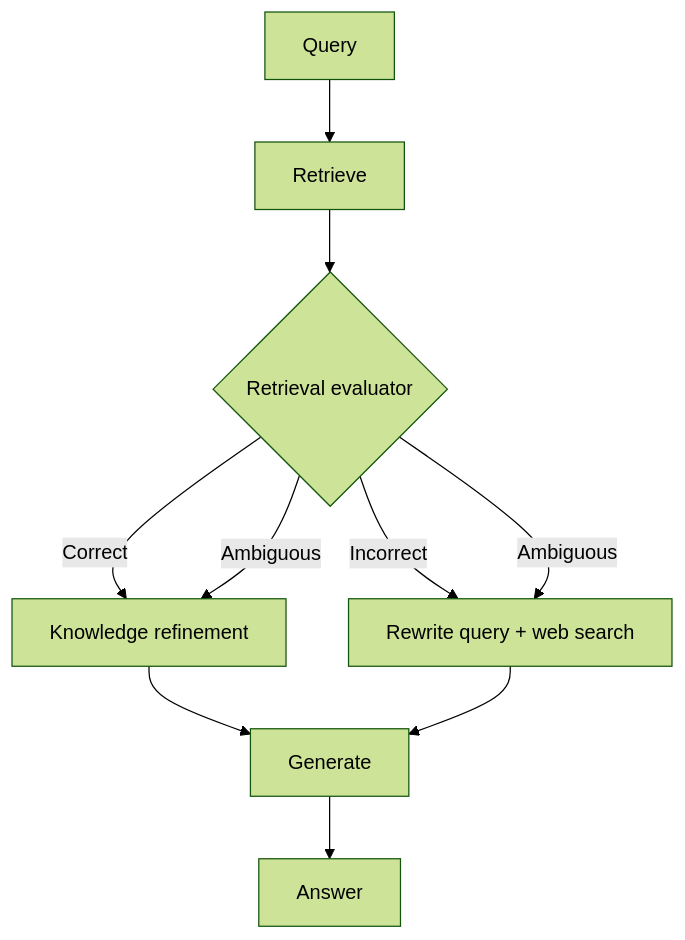
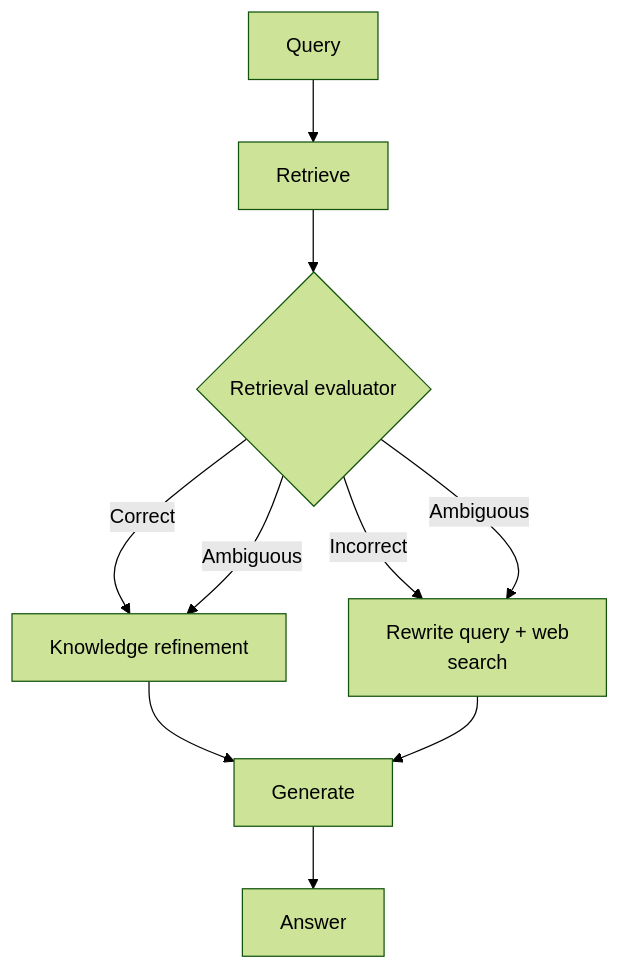
The diagram in 09. Corrective RAG/README.md (ajay-nikumbh/RAG-From-Basics-to-Production), drawn with Mermaid (forest theme) before and after one commit. The commit also changed other lines of this file and 38 other files, not shown here.

First line of the commit message:
Group root README by pattern, widen tables, wrap diagram labels

````diff
--- a/09. Corrective RAG/README.md
+++ b/09. Corrective RAG/README.md
@@ -24,10 +24,10 @@
 ```mermaid
 flowchart TB
     Q[Query] --> R[Retrieve] --> E{Retrieval evaluator}
     E -- Correct --> K[Knowledge refinement]
-    E -- Incorrect --> W[Rewrite query + web search]
+    E -- Incorrect --> W[Rewrite query + web<br/>search]
     E -- Ambiguous --> K
     E -- Ambiguous --> W
     K --> G[Generate]
     W --> G --> A[Answer]
 ```
````
